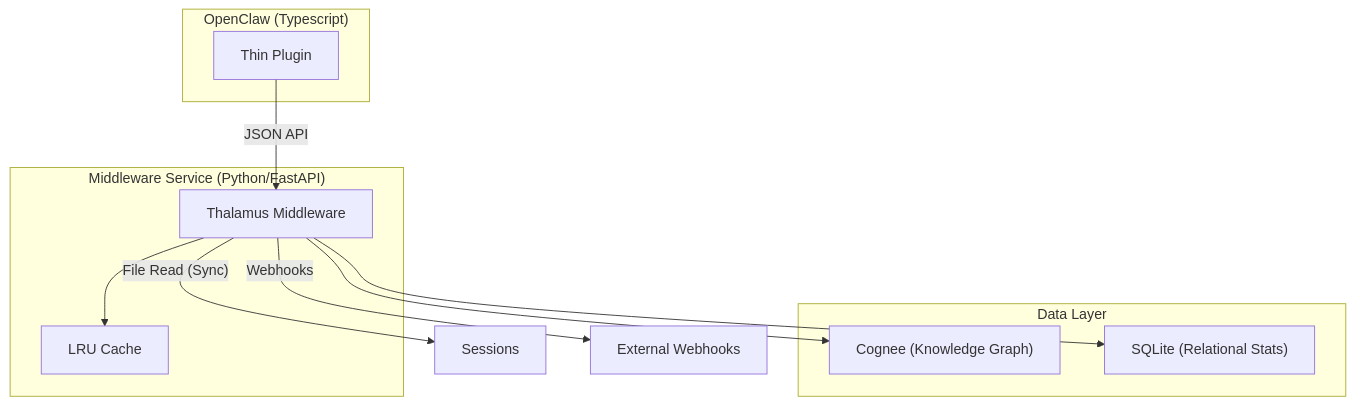
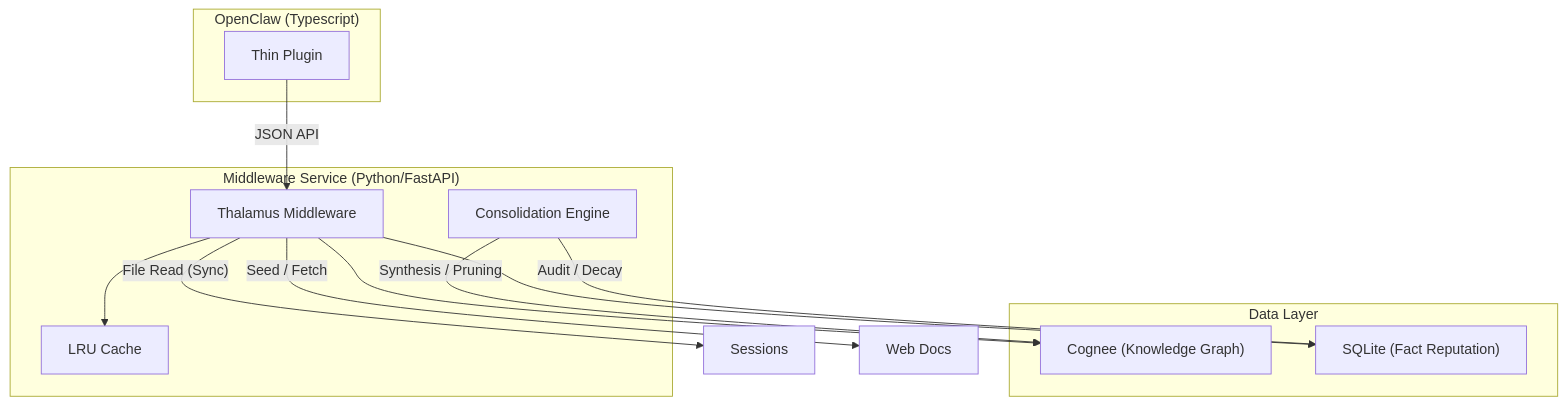
The first of 2 diagrams in docs/architecture.md (JuanHuaXu/thalamus), drawn with Mermaid before and after one commit. The commit also changed other lines of this file and 17 other files, not shown here.

Commit message:
added information seeding(think of it as reading and internalizing information) and Latent Space Abstraction(think of it as cross domain knowledge graph geometry transfer)

````diff
--- a/docs/architecture.md
+++ b/docs/architecture.md
@@ -11,23 +11,26 @@
 ```mermaid
 graph TD
     subgraph "OpenClaw (Typescript)"
         OC_P["Thin Plugin"]
     end
     
     subgraph "Middleware Service (Python/FastAPI)"
         MW["Thalamus Middleware"]
         Cache["LRU Cache"]
+        Consol["Consolidation Engine"]
     end
     
     subgraph "Data Layer"
         CG["Cognee (Knowledge Graph)"]
-        PG["SQLite (Relational Stats)"]
+        SL["SQLite (Fact Reputation)"]
     end
 
     OC_P -- "JSON API" --> MW
     MW -- "File Read (Sync)" --> Sessions
     MW --> Cache
-    MW -- "Webhooks" --> Webhooks["External Webhooks"]
+    MW -- "Seed / Fetch" --> Web["Web Docs"]
     MW --> CG
-    MW --> PG
+    MW --> SL
+    Consol -- "Synthesis / Pruning" --> CG
+    Consol -- "Audit / Decay" --> SL
 ```
````
